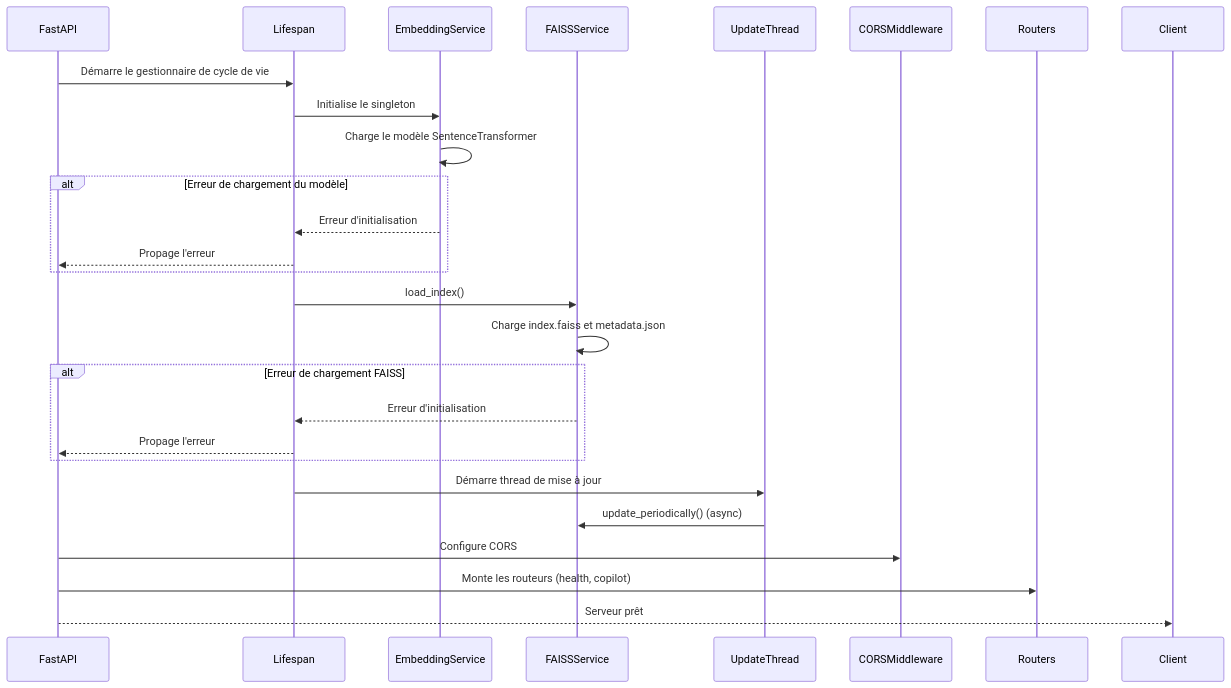
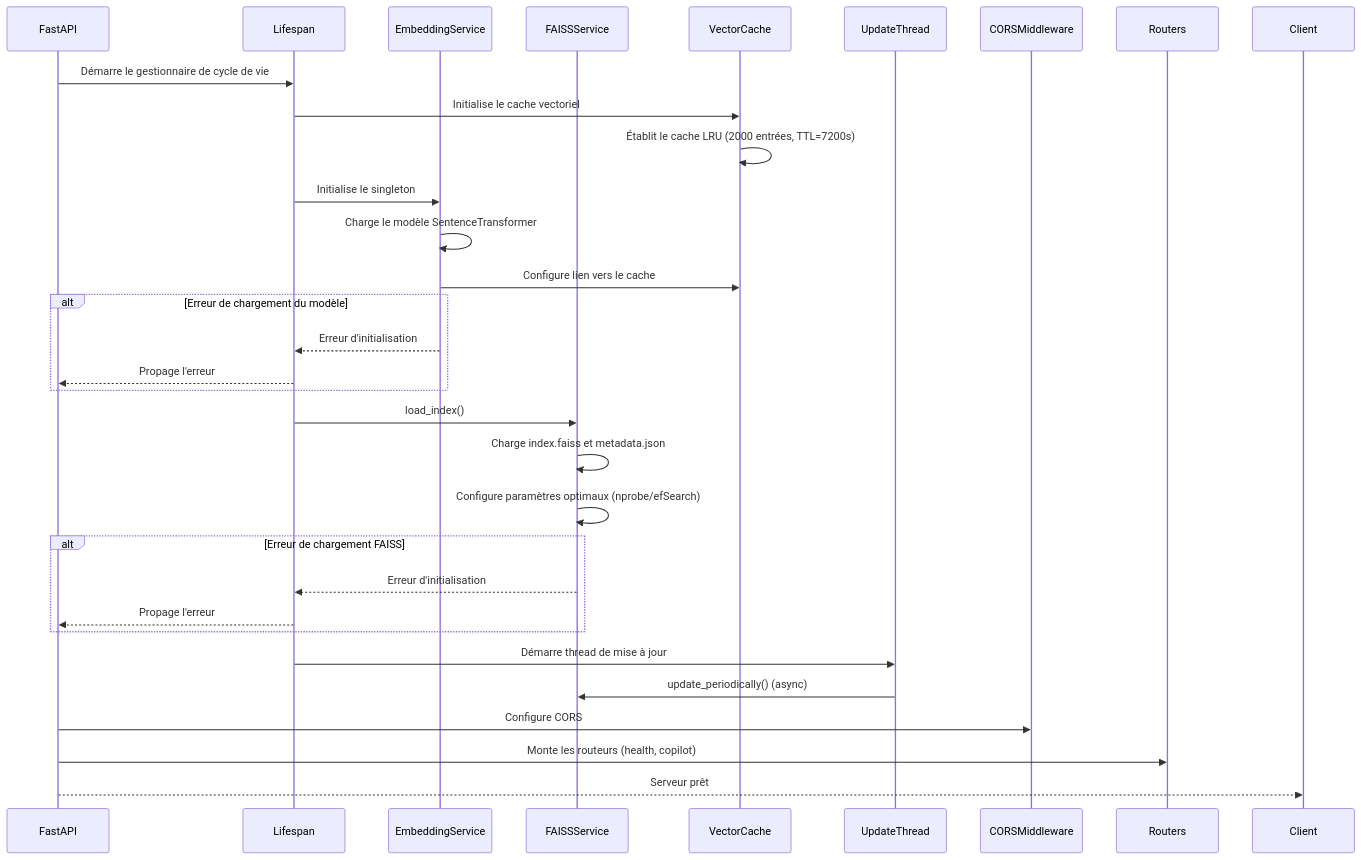
Before and after one commit to MovingLive/copilot-agent: the first of 2 diagrams in README.md, drawn with Mermaid. The commit also changed other lines of this file and 10 other files, not shown here.

````diff
--- a/README.md
+++ b/README.md
@@ -37,34 +45,40 @@
 ```mermaid
 sequenceDiagram
     participant FastAPI
     participant Lifespan
     participant EmbeddingService
     participant FAISSService
+    participant VectorCache
     participant UpdateThread
     participant CORSMiddleware
     participant Routers
 
     FastAPI->>Lifespan: Démarre le gestionnaire de cycle de vie
 
+    Lifespan->>VectorCache: Initialise le cache vectoriel
+    VectorCache->>VectorCache: Établit le cache LRU (2000 entrées, TTL=7200s)
+
     Lifespan->>EmbeddingService: Initialise le singleton
     EmbeddingService->>EmbeddingService: Charge le modèle SentenceTransformer
+    EmbeddingService->>VectorCache: Configure lien vers le cache
     alt Erreur de chargement du modèle
         EmbeddingService-->>Lifespan: Erreur d'initialisation
         Lifespan-->>FastAPI: Propage l'erreur
     end
 
     Lifespan->>FAISSService: load_index()
     FAISSService->>FAISSService: Charge index.faiss et metadata.json
+    FAISSService->>FAISSService: Configure paramètres optimaux (nprobe/efSearch)
     alt Erreur de chargement FAISS
         FAISSService-->>Lifespan: Erreur d'initialisation
         Lifespan-->>FastAPI: Propage l'erreur
     end
 
     Lifespan->>UpdateThread: Démarre thread de mise à jour
     UpdateThread->>FAISSService: update_periodically() (async)
 
     FastAPI->>CORSMiddleware: Configure CORS
     FastAPI->>Routers: Monte les routeurs (health, copilot)
 
     FastAPI-->>Client: Serveur prêt
 ```
````
